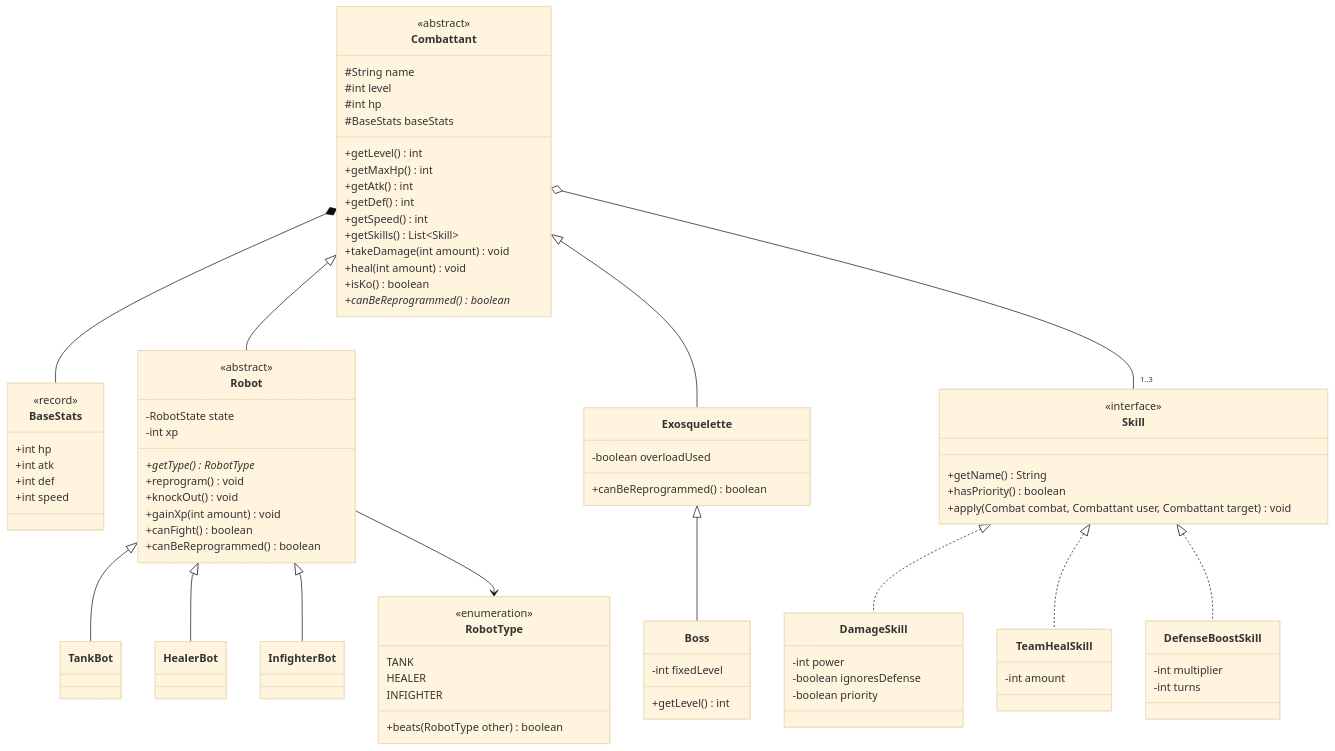
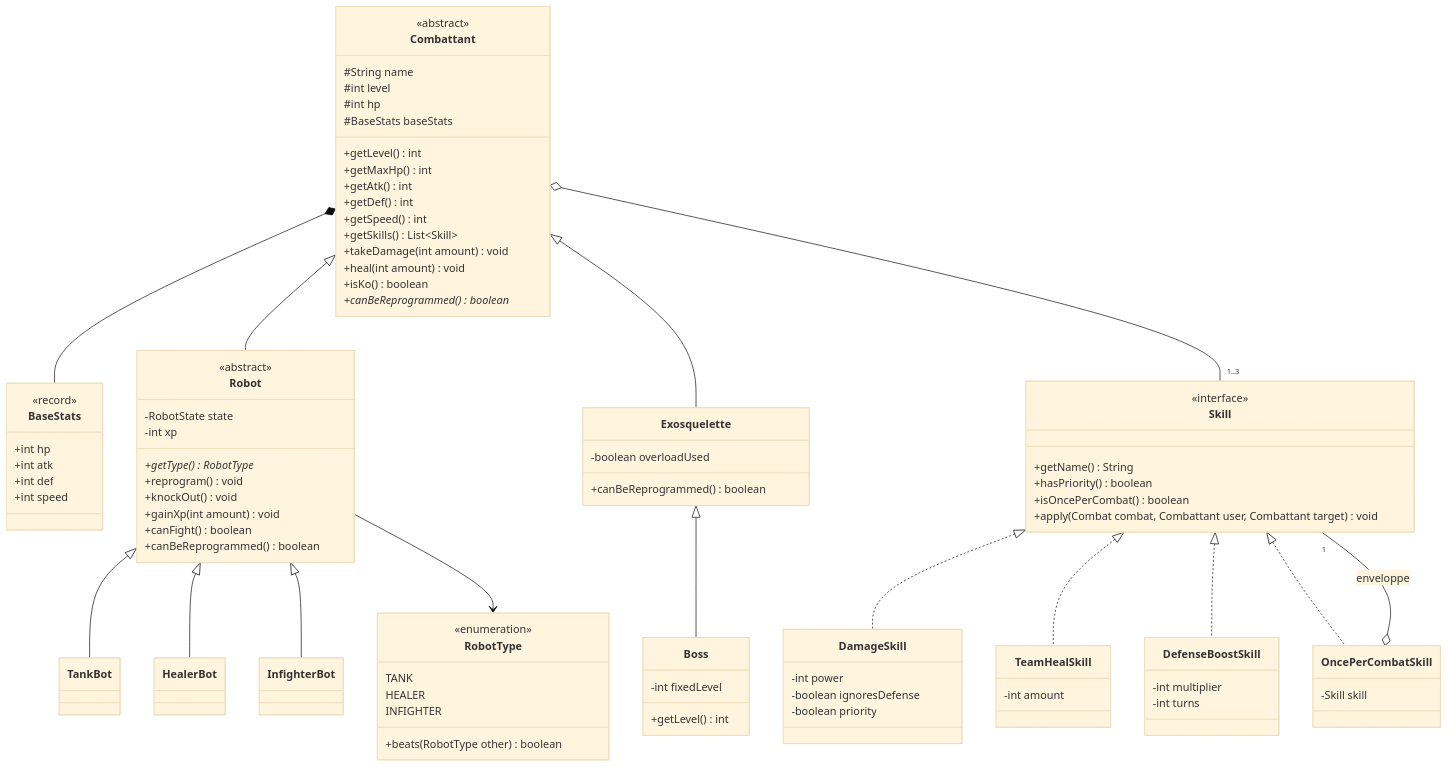
Before and after one commit to ValentinBassot/2D-Game: the first of 9 diagrams in docs/uml.md, drawn with Mermaid (base theme). The commit also changed other lines of this file and 1 other file, not shown here.

Commit message:
docs: describe the enemy AI strategy and the once-per-combat skill

````diff
--- a/docs/uml.md
+++ b/docs/uml.md
@@ -91,7 +91,12 @@
         <<interface>>
         +getName() String
         +hasPriority() boolean
+        +isOncePerCombat() boolean
         +apply(Combat combat, Combattant user, Combattant target) void
+    }
+
+    class OncePerCombatSkill {
+        -Skill skill
     }
 
     class DamageSkill {
@@ -121,4 +126,6 @@
     Skill <|.. DamageSkill
     Skill <|.. TeamHealSkill
     Skill <|.. DefenseBoostSkill
+    Skill <|.. OncePerCombatSkill
+    OncePerCombatSkill o-- "1" Skill : enveloppe
 ```
````
